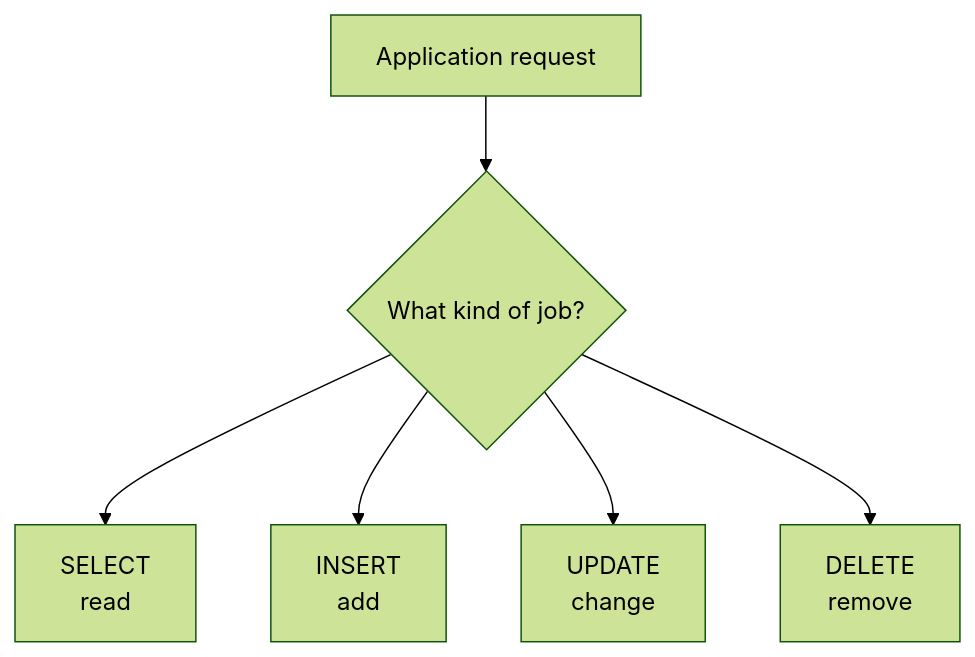
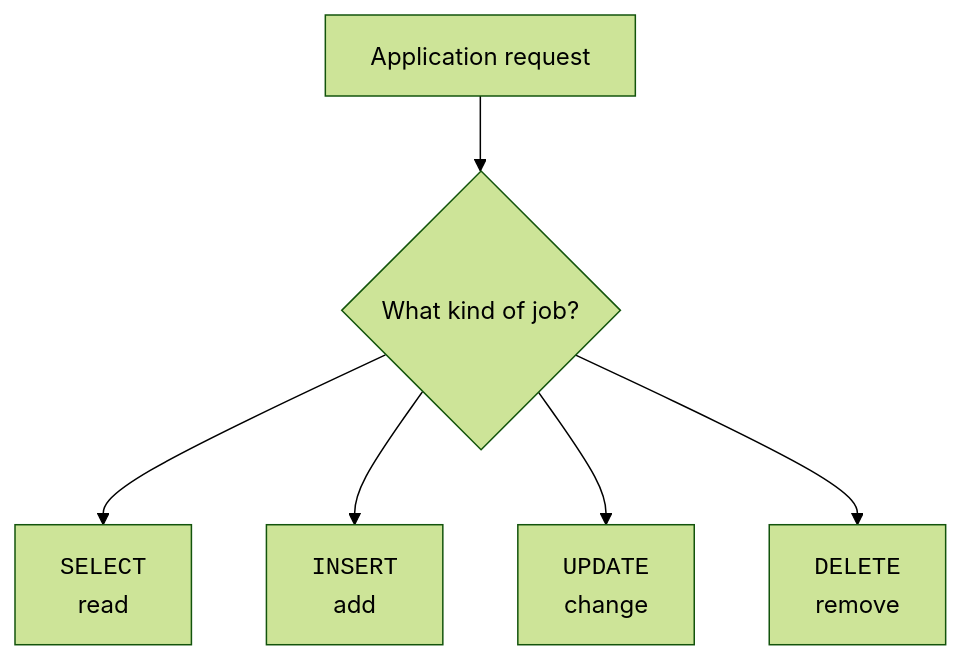
The fourth of 7 diagrams in content/learn/sqlite-for-beginners/what-sql-does.mdx (dataslope/dataslope), drawn with Mermaid (forest theme) before and after one commit. The commit also changed other lines of this file and 56 other files, not shown here.

````diff
--- a/content/learn/sqlite-for-beginners/what-sql-does.mdx
+++ b/content/learn/sqlite-for-beginners/what-sql-does.mdx
@@ -120,8 +120,8 @@
 ```mermaid
 flowchart TB
     A["Application request"] --> B{"What kind of job?"}
-    B --> C["SELECT<br/>read"]
-    B --> D["INSERT<br/>add"]
-    B --> E["UPDATE<br/>change"]
-    B --> F["DELETE<br/>remove"]
+    B --> C["<code>SELECT</code><br/>read"]
+    B --> D["<code>INSERT</code><br/>add"]
+    B --> E["<code>UPDATE</code><br/>change"]
+    B --> F["<code>DELETE</code><br/>remove"]
 ```
````
